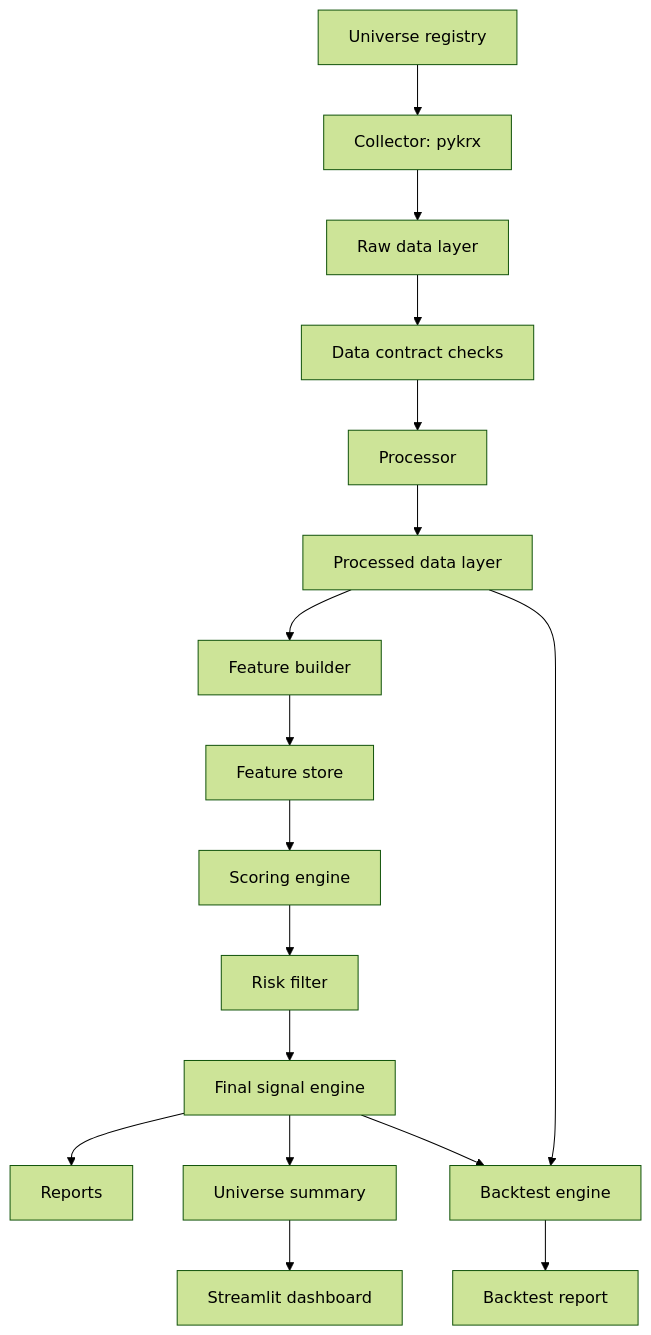
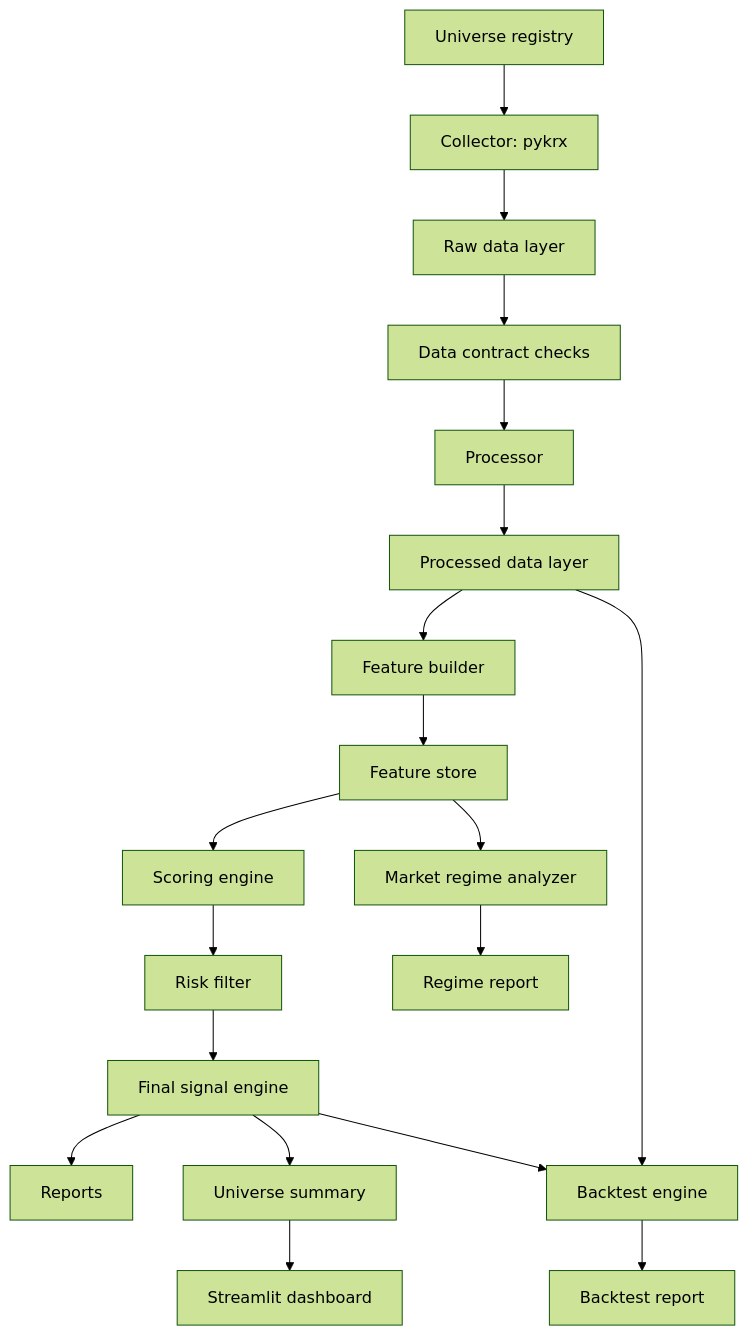
Before and after one commit to pkb0728-lgtm/krx-alpha-platform: the diagram in docs/architecture.md, drawn with Mermaid (forest theme). The commit also changed other lines of this file and 15 other files, not shown here.

Commit message:
Add market regime analysis

````diff
--- a/docs/architecture.md
+++ b/docs/architecture.md
@@ -11,19 +11,21 @@
 ```mermaid
 flowchart TD
     U["Universe registry"] --> A
     A["Collector: pykrx"] --> B["Raw data layer"]
     B --> C["Data contract checks"]
     C --> D["Processor"]
     D --> E["Processed data layer"]
     E --> F["Feature builder"]
     F --> G["Feature store"]
+    G --> R["Market regime analyzer"]
     G --> H["Scoring engine"]
     H --> I["Risk filter"]
     I --> J["Final signal engine"]
     J --> K["Reports"]
     J --> L["Universe summary"]
     L --> M["Streamlit dashboard"]
     J --> N["Backtest engine"]
     E --> N
     N --> O["Backtest report"]
+    R --> P["Regime report"]
 ```
````
